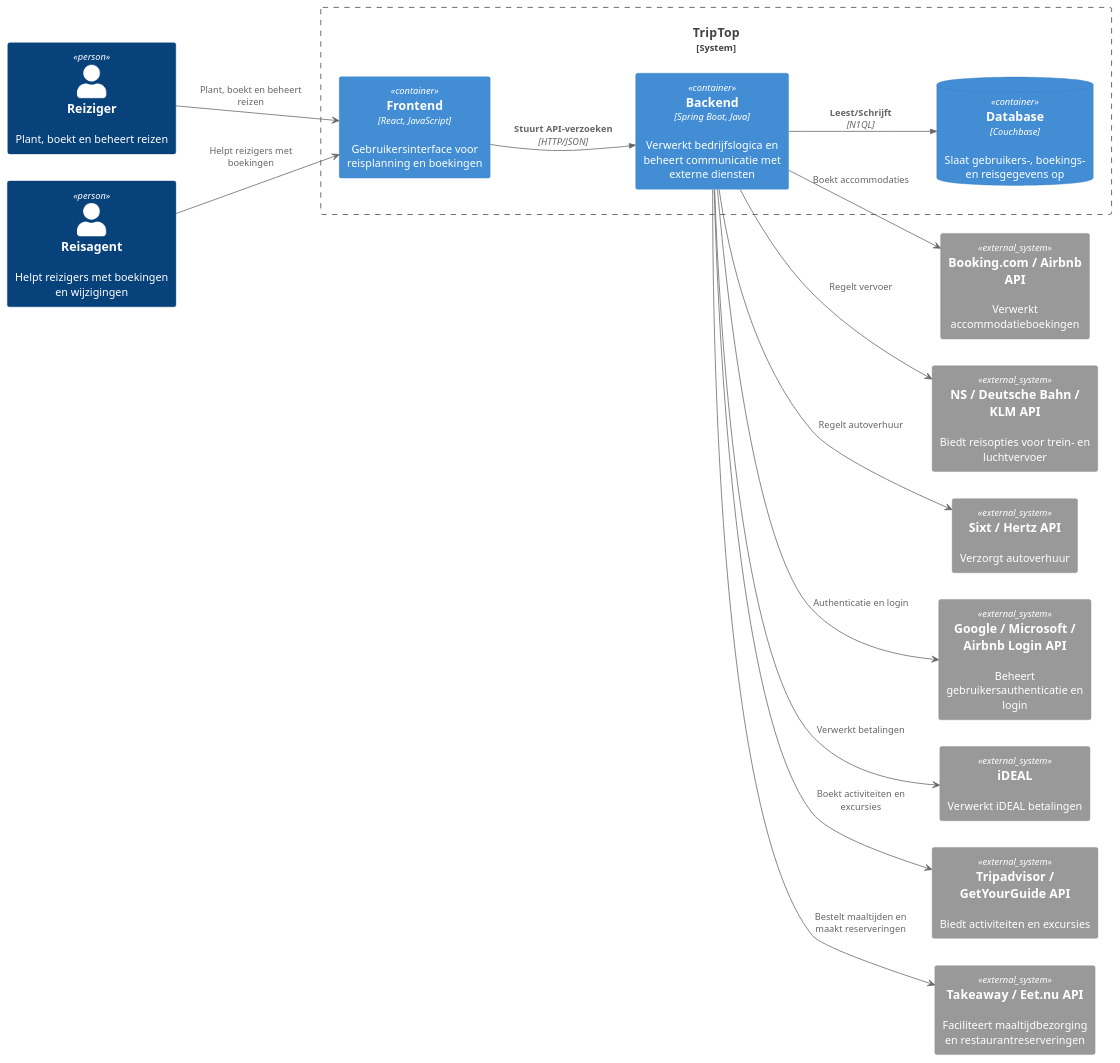
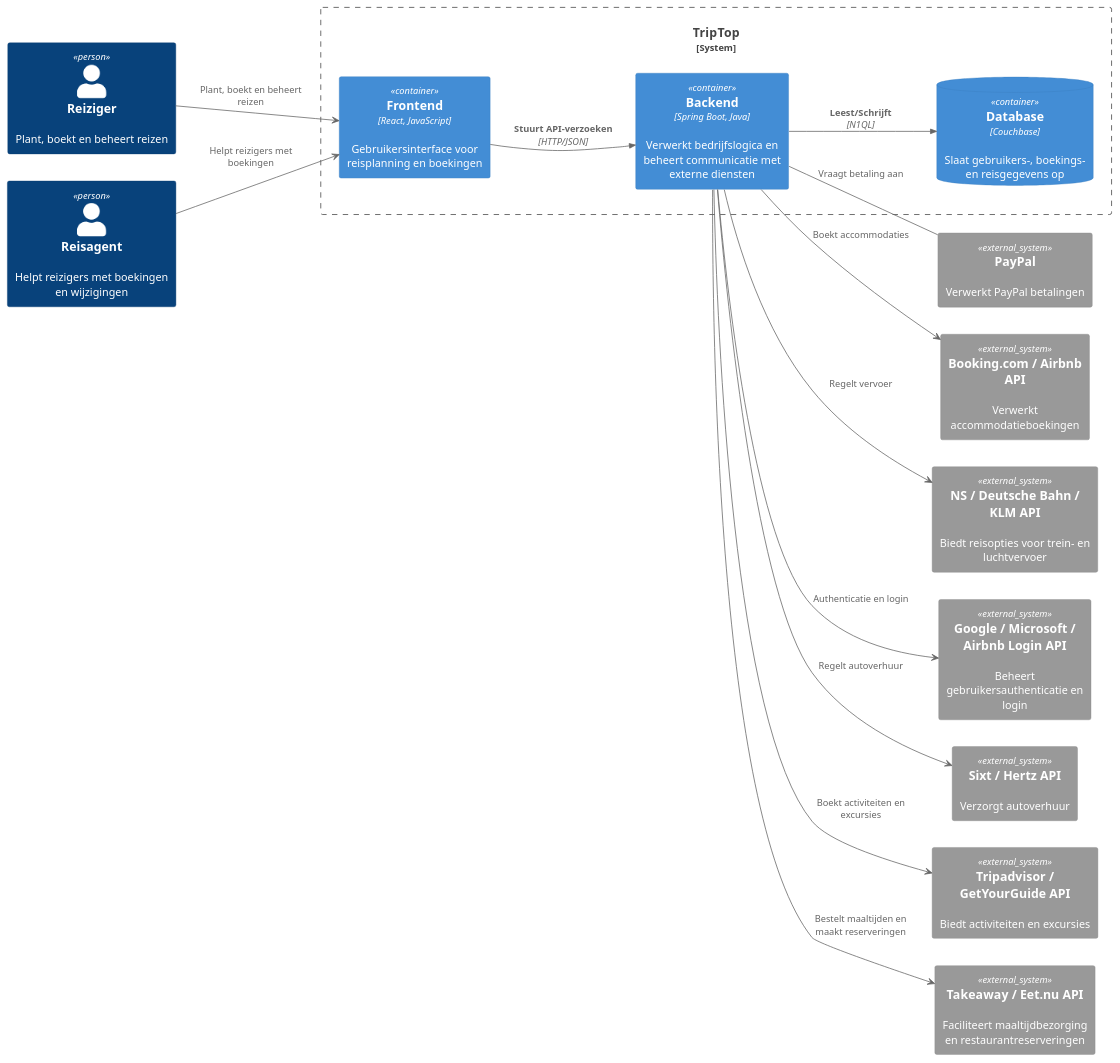
One commit to AIM-ENE-feb25/triptop-groep-3 changed the diagram in opdracht-diagrammen/C4 Container/Static/C4-ContainerDiagram-TripTop.puml. Above: the diagram before and after it, drawn with PlantUML. The commit also changed 5 other files, not shown here.

```diff
--- a/opdracht-diagrammen/C4 Container/Static/C4-ContainerDiagram-TripTop.puml
+++ b/opdracht-diagrammen/C4 Container/Static/C4-ContainerDiagram-TripTop.puml
@@ -1,51 +1,50 @@
 @startuml C4_Elements
 !include https://raw.githubusercontent.com/plantuml-stdlib/C4-PlantUML/master/C4_Container.puml
 left to right direction
 ' Definieer Gebruikers
 Person(Traveler, "Reiziger", "Plant, boekt en beheert reizen")
 Person(TravelAgent, "Reisagent", "Helpt reizigers met boekingen en wijzigingen")
 
 ' Definieer Systeem
 System_Boundary(TripTop, "TripTop", $link="https://github.com/plantuml-stdlib/C4-PlantUML") {
 
     ' Definieer Containers
     Container(Frontend, "Frontend", "React, JavaScript", "Gebruikersinterface voor reisplanning en boekingen")
     Container(Backend, "Backend", "Spring Boot, Java", "Verwerkt bedrijfslogica en beheert communicatie met externe diensten")
     ContainerDb(Database, "Database", "Couchbase", "Slaat gebruikers-, boekings- en reisgegevens op")
 }
 
 ' Definieer Externe Systemen
 System_Ext(Booking, "Booking.com / Airbnb API", "Verwerkt accommodatieboekingen")
 System_Ext(Transport, "NS / Deutsche Bahn / KLM API", "Biedt reisopties voor trein- en luchtvervoer")
 System_Ext(CarRent, "Sixt / Hertz API", "Verzorgt autoverhuur")
 System_Ext(Activities, "Tripadvisor / GetYourGuide API", "Biedt activiteiten en excursies")
 System_Ext(Food, "Takeaway / Eet.nu API", "Faciliteert maaltijdbezorging en restaurantreserveringen")
 System_Ext(IdProvider, "Google / Microsoft / Airbnb Login API", "Beheert gebruikersauthenticatie en login")
-System_Ext(IDeal, "iDEAL", "Verwerkt iDEAL betalingen")
+System_Ext(PayPal, "PayPal", "Verwerkt PayPal betalingen")
 
 ' Relaties
 Traveler -> Frontend : "Plant, boekt en beheert reizen"
 TravelAgent -> Frontend : "Helpt reizigers met boekingen"
 Rel(Frontend, Backend, "Stuurt API-verzoeken", "HTTP/JSON")
 Backend -down-> Booking : "Boekt accommodaties"
 Backend -down-> Transport : "Regelt vervoer"
 Backend -down-> CarRent : "Regelt autoverhuur"
 Backend -down-> Activities : "Boekt activiteiten en excursies"
 Backend -down-> Food : "Bestelt maaltijden en maakt reserveringen"
-Backend -down-> IDeal : "Verwerkt betalingen"
 Rel(Backend, Database, "Leest/Schrijft", "N1QL")
 Backend -down-> IdProvider : "Authenticatie en login"
+Backend -down- PayPal : "Vraagt betaling aan"
 
 ' Positionering
 Traveler -[hidden]-> TripTop
 TravelAgent -[hidden]-> TripTop
 Frontend -[hidden]-> Backend
 Backend -[hidden]-> Booking
 Backend -[hidden]-> Transport
 Backend -[hidden]-> CarRent
 Backend -[hidden]-> Activities
 Backend -[hidden]-> Food
 Backend -[hidden]-> IdProvider
-Backend -[hidden]-> IDeal
 
 @enduml
```
